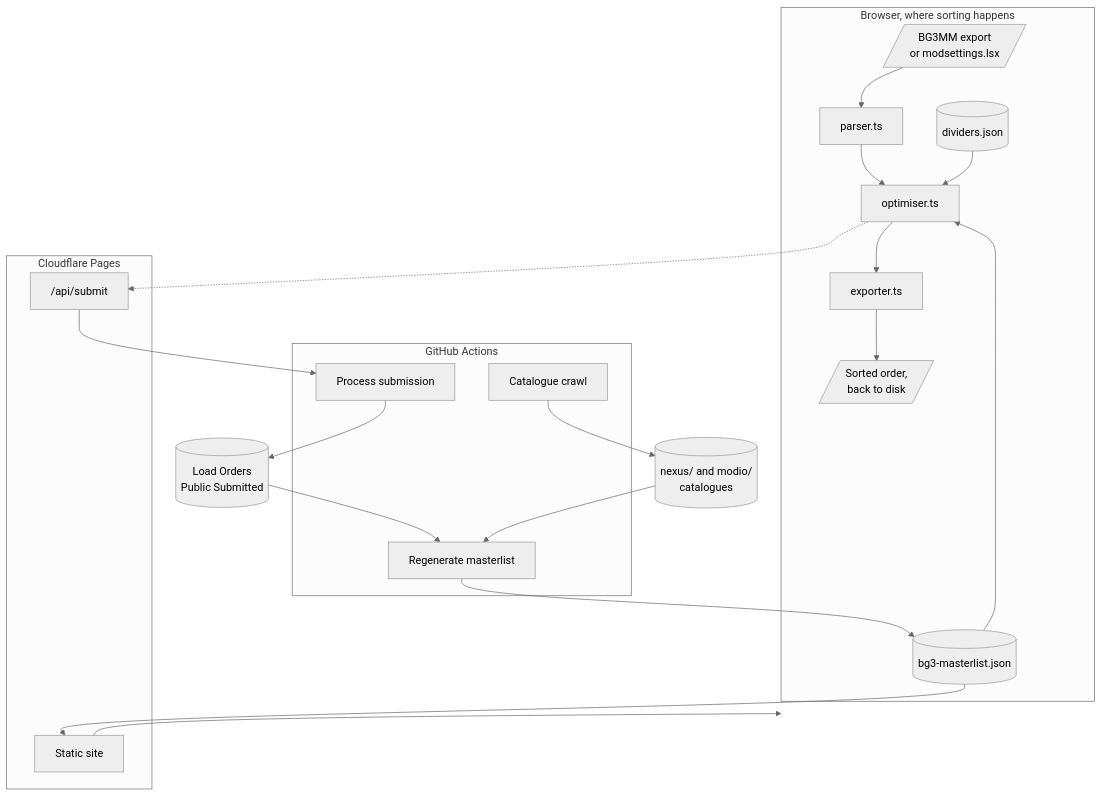
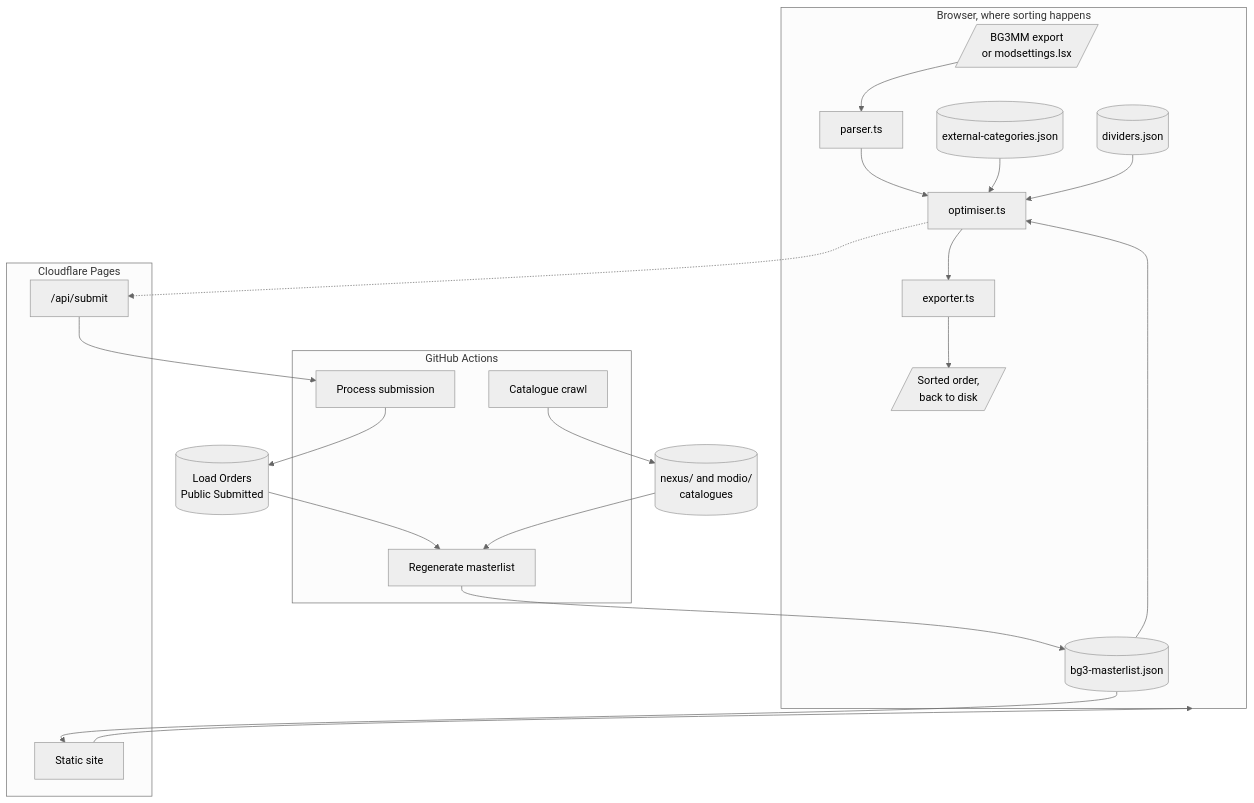
One commit to Moonie8t7/VOLO changed the first of 2 diagrams in docs/architecture.md. Above: the diagram before and after it, drawn with Mermaid (neutral theme). The commit also changed other lines of this file and 19 other files, not shown here.

````diff
--- a/docs/architecture.md
+++ b/docs/architecture.md
@@ -9,32 +9,33 @@
 ```mermaid
 flowchart TD
     subgraph browser["Browser, where sorting happens"]
         file[/"BG3MM export<br/>or modsettings.lsx"/] --> parser["parser.ts"]
         parser --> optimiser["optimiser.ts"]
         masterlist[("bg3-masterlist.json")] --> optimiser
+        listing[("external-categories.json")] --> optimiser
         dividers[("dividers.json")] --> optimiser
         optimiser --> exporter["exporter.ts"]
         exporter --> out[/"Sorted order,<br/>back to disk"/]
     end
 
     subgraph cloudflare["Cloudflare Pages"]
         static["Static site"]
         fn["/api/submit"]
     end
 
     subgraph github["GitHub Actions"]
         intake["Process submission"]
         regen["Regenerate masterlist"]
         crawl["Catalogue crawl"]
     end
 
     optimiser -.-> fn
     fn --> intake
     intake --> corpus[("Load Orders<br/>Public Submitted")]
     corpus --> regen
     regen --> masterlist
     crawl --> catalogues[("nexus/ and modio/<br/>catalogues")]
     catalogues --> regen
     masterlist --> static
     static --> browser
 ```
````
